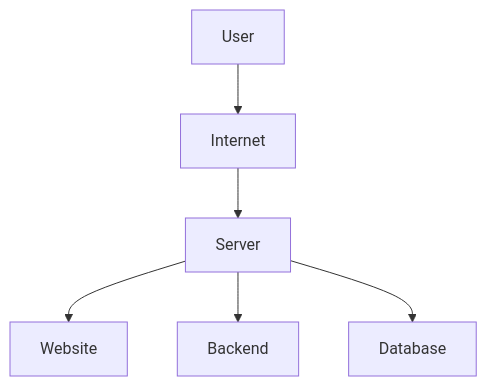
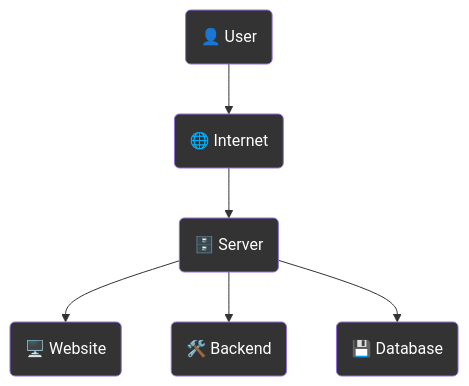
Before and after one commit to AlexJYad/F5-web-knowledge: the second of 12 diagrams in content/articles/capitulo-1.md, drawn with Mermaid. The commit also changed other lines of this file, not shown here.

````diff
--- a/content/articles/capitulo-1.md
+++ b/content/articles/capitulo-1.md
@@ -107,8 +114,18 @@
 ```mermaid
 flowchart TD
-   User --> Internet
-   Internet --> Server
-   Server --> Website
-   Server --> Backend
-   Server --> Database
+   A(👤 User)
+   B(🌐 Internet)
+   C(🗄️ Server)
+   D(🖥️ Website)
+   E(🛠️ Backend)
+   F(💾 Database)
+
+   A --> B
+   B --> C
+   C --> D
+   C --> E
+   C --> F
+
+   classDef styleNods color:#FFFFFF, fill:#333333
+   class A,B,C,D,E,F styleNods
 ```
````
